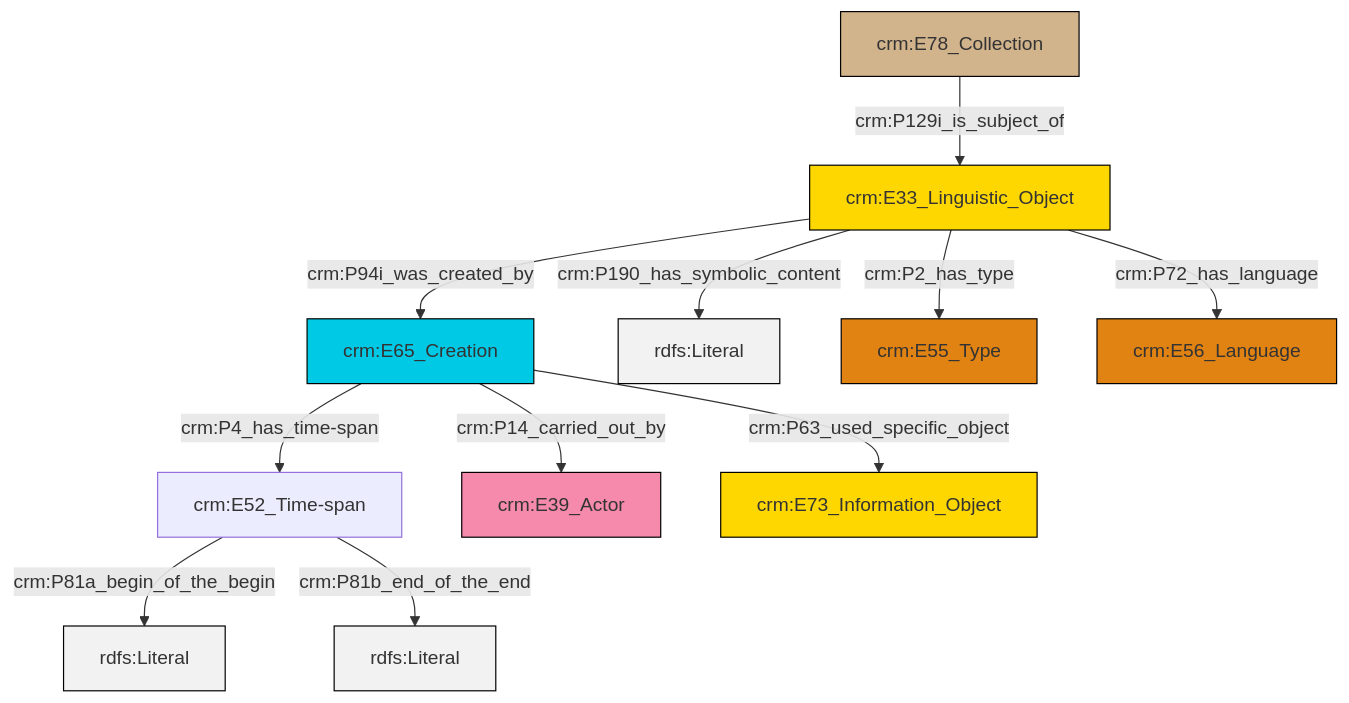
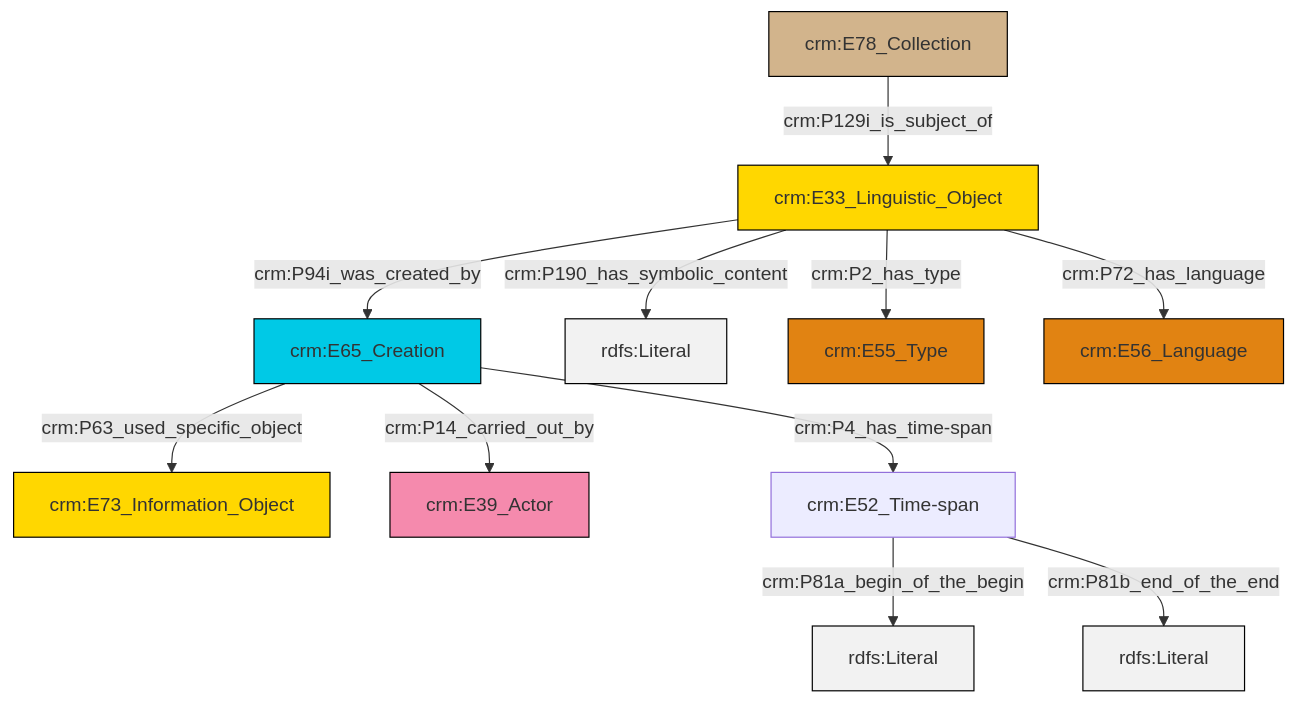
One commit to swiss-art-research-net/docs.swissartresearch changed the diagram in et/archivalCSV/ttl/mmd/archival_desc.ttl.mmd. Above: the diagram before and after it, drawn with Mermaid. The commit also changed 179 other files, not shown here.

```diff
--- a/et/archivalCSV/ttl/mmd/archival_desc.ttl.mmd
+++ b/et/archivalCSV/ttl/mmd/archival_desc.ttl.mmd
@@ -1,25 +1,25 @@
 graph TD
 classDef Literal fill:#f2f2f2,stroke:#000000;
 classDef CRM_Entity fill:#FFFFFF,stroke:#000000;
 classDef Temporal_Entity fill:#00C9E6, stroke:#000000;
 classDef Type fill:#E18312, stroke:#000000;
 classDef Time-Span fill:#2C9C91, stroke:#000000;
 classDef Appellation fill:#FFEB7F, stroke:#000000;
 classDef Place fill:#008836, stroke:#000000;
 classDef Persistent_Item fill:#B266B2, stroke:#000000;
 classDef Conceptual_Object fill:#FFD700, stroke:#000000;
 classDef Physical_Thing fill:#D2B48C, stroke:#000000;
 classDef Actor fill:#f58aad, stroke:#000000;
 classDef PC_Classes fill:#4ce600, stroke:#000000;
 classDef Multi fill:#cccccc,stroke:#000000;
 
-0["crm:E65_Creation"]:::Temporal_Entity -->|crm:P4_has_time-span| 1["crm:E52_Time-span"]:::Default
-4["crm:E33_Linguistic_Object"]:::Conceptual_Object -->|crm:P190_has_symbolic_content| 5[rdfs:Literal]:::Literal
-0["crm:E65_Creation"]:::Temporal_Entity -->|crm:P14_carried_out_by| 6["crm:E39_Actor"]:::Actor
-1["crm:E52_Time-span"]:::Default -->|crm:P81a_begin_of_the_begin| 9[rdfs:Literal]:::Literal
-4["crm:E33_Linguistic_Object"]:::Conceptual_Object -->|crm:P72_has_language| 10["crm:E56_Language"]:::Type
-2["crm:E78_Collection"]:::Physical_Thing -->|crm:P129i_is_subject_of| 4["crm:E33_Linguistic_Object"]:::Conceptual_Object
-1["crm:E52_Time-span"]:::Default -->|crm:P81b_end_of_the_end| 18[rdfs:Literal]:::Literal
-0["crm:E65_Creation"]:::Temporal_Entity -->|crm:P63_used_specific_object| 11["crm:E73_Information_Object"]:::Conceptual_Object
-4["crm:E33_Linguistic_Object"]:::Conceptual_Object -->|crm:P94i_was_created_by| 0["crm:E65_Creation"]:::Temporal_Entity
-4["crm:E33_Linguistic_Object"]:::Conceptual_Object -->|crm:P2_has_type| 7["crm:E55_Type"]:::Type
+2["crm:E33_Linguistic_Object"]:::Conceptual_Object -->|crm:P94i_was_created_by| 3["crm:E65_Creation"]:::Temporal_Entity
+3["crm:E65_Creation"]:::Temporal_Entity -->|crm:P14_carried_out_by| 5["crm:E39_Actor"]:::Actor
+2["crm:E33_Linguistic_Object"]:::Conceptual_Object -->|crm:P190_has_symbolic_content| 6[rdfs:Literal]:::Literal
+2["crm:E33_Linguistic_Object"]:::Conceptual_Object -->|crm:P2_has_type| 9["crm:E55_Type"]:::Type
+3["crm:E65_Creation"]:::Temporal_Entity -->|crm:P63_used_specific_object| 0["crm:E73_Information_Object"]:::Conceptual_Object
+2["crm:E33_Linguistic_Object"]:::Conceptual_Object -->|crm:P72_has_language| 11["crm:E56_Language"]:::Type
+7["crm:E78_Collection"]:::Physical_Thing -->|crm:P129i_is_subject_of| 2["crm:E33_Linguistic_Object"]:::Conceptual_Object
+3["crm:E65_Creation"]:::Temporal_Entity -->|crm:P4_has_time-span| 13["crm:E52_Time-span"]:::Default
+13["crm:E52_Time-span"]:::Default -->|crm:P81a_begin_of_the_begin| 16[rdfs:Literal]:::Literal
+13["crm:E52_Time-span"]:::Default -->|crm:P81b_end_of_the_end| 17[rdfs:Literal]:::Literal
```
